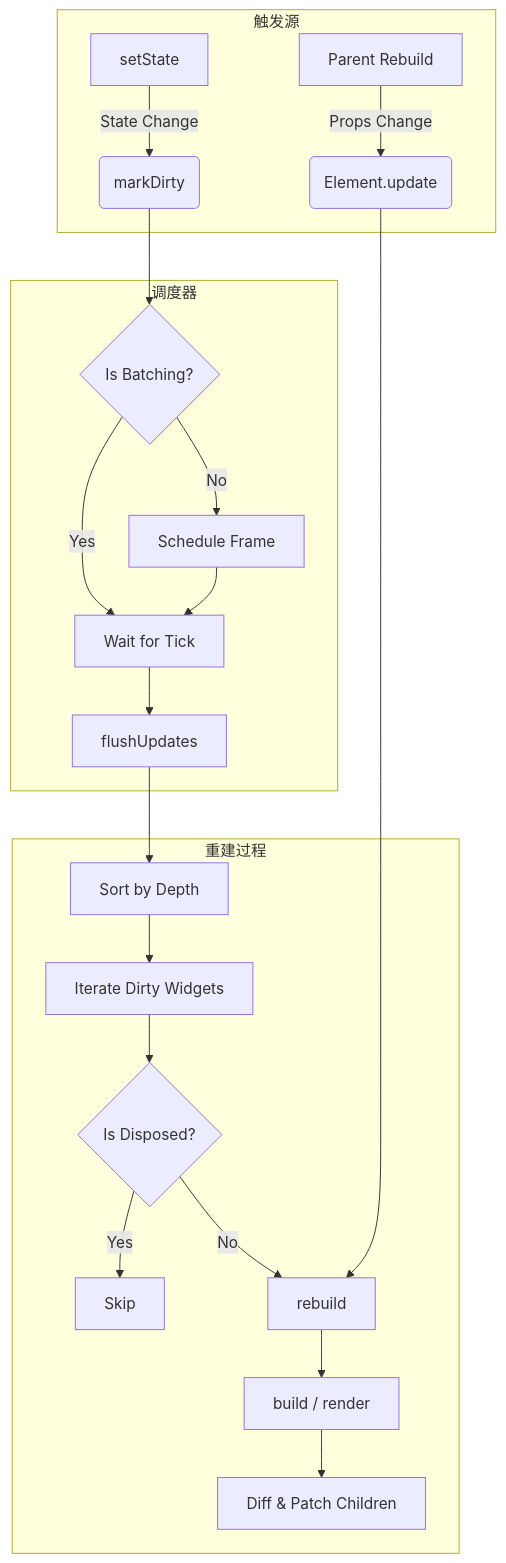
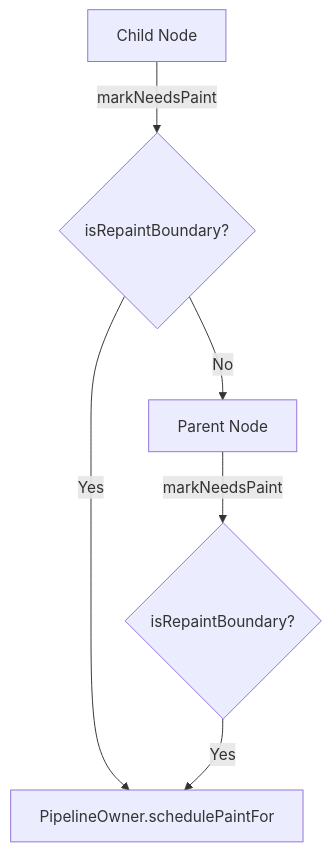
The diagram in docs/core/update-mechanism.md (edeink/inkwell), drawn with Mermaid before and after one commit. The commit also changed other lines of this file and 47 other files, not shown here.

````diff
--- a/docs/core/update-mechanism.md
+++ b/docs/core/update-mechanism.md
@@ -37,27 +92,8 @@
 ```mermaid
 graph TD
-    subgraph Trigger [触发源]
-        A[setState] -->|State Change| B(markDirty)
-        C[Parent Rebuild] -->|Props Change| D(Element.update)
-    end
-
-    subgraph Runtime [调度器]
-        B --> E{Is Batching?}
-        E -- No --> F[Schedule Frame]
-        E -- Yes --> G[Wait for Tick]
-        F --> G
-        G --> H[flushUpdates]
-    end
-
-    subgraph Rebuild [重建过程]
-        H --> I[Sort by Depth]
-        I --> J[Iterate Dirty Widgets]
-        J --> K{Is Disposed?}
-        K -- Yes --> L[Skip]
-        K -- No --> M[rebuild]
-        M --> N[build / render]
-        N --> O[Diff & Patch Children]
-    end
-
-    D --> M
+    A[Child Node] -- markNeedsPaint --> B{isRepaintBoundary?}
+    B -- No --> C[Parent Node]
+    C -- markNeedsPaint --> D{isRepaintBoundary?}
+    B -- Yes --> E[PipelineOwner.schedulePaintFor]
+    D -- Yes --> E
 ```
````
